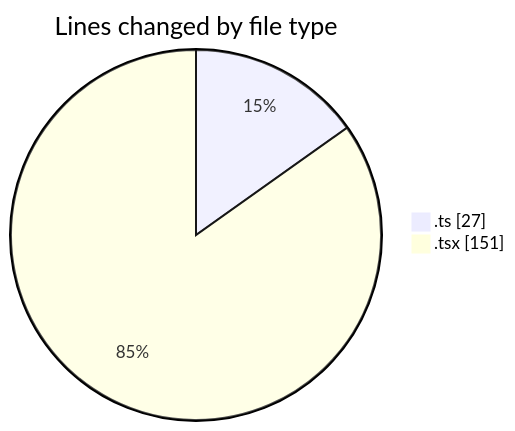
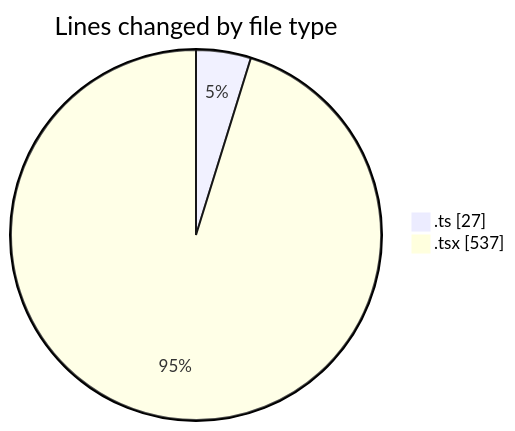
One commit to nxtqubesakshisongat/code-tracking changed the first of 2 diagrams in 2026-02-16/nxtqube_webapp/README.md. Above: the diagram before and after it, drawn with Mermaid. The commit also changed other lines of this file and 1 other file, not shown here.

````diff
--- a/2026-02-16/nxtqube_webapp/README.md
+++ b/2026-02-16/nxtqube_webapp/README.md
@@ -21,6 +22,6 @@
 ```mermaid
 pie showData
 title Lines changed by file type
 ".ts" : 27
-".tsx" : 151
+".tsx" : 537
 ```
````
